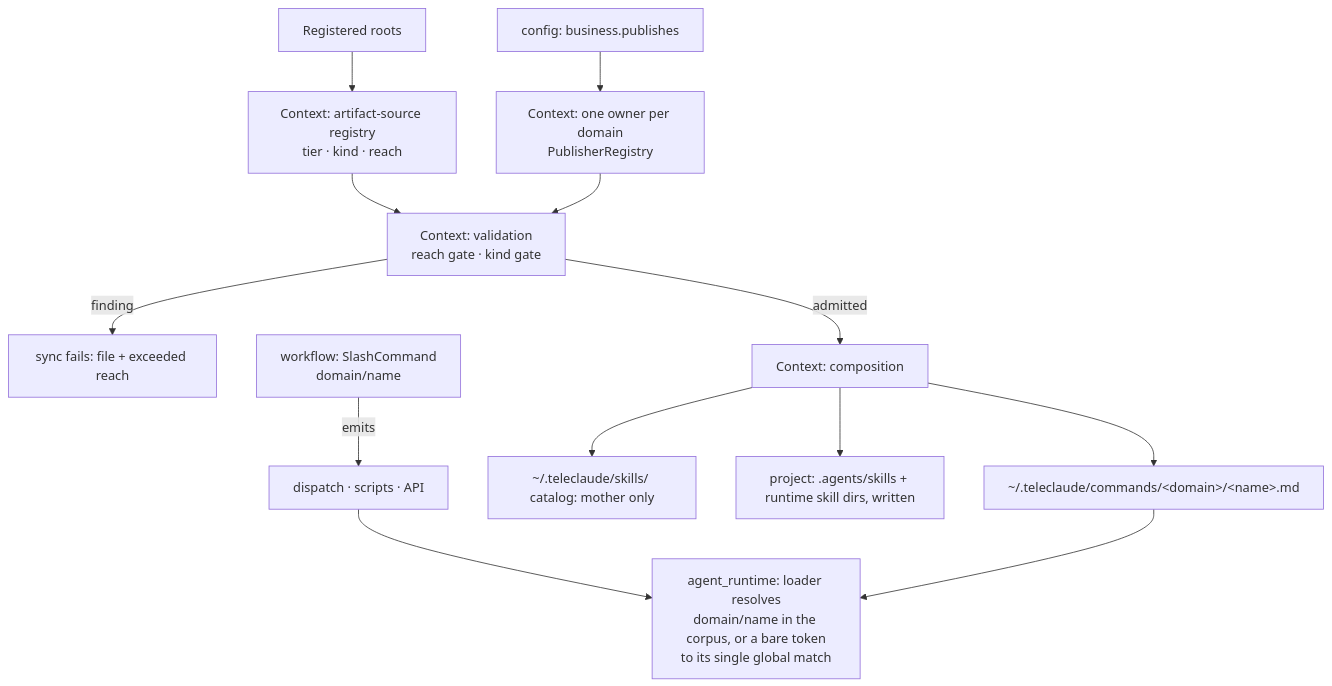
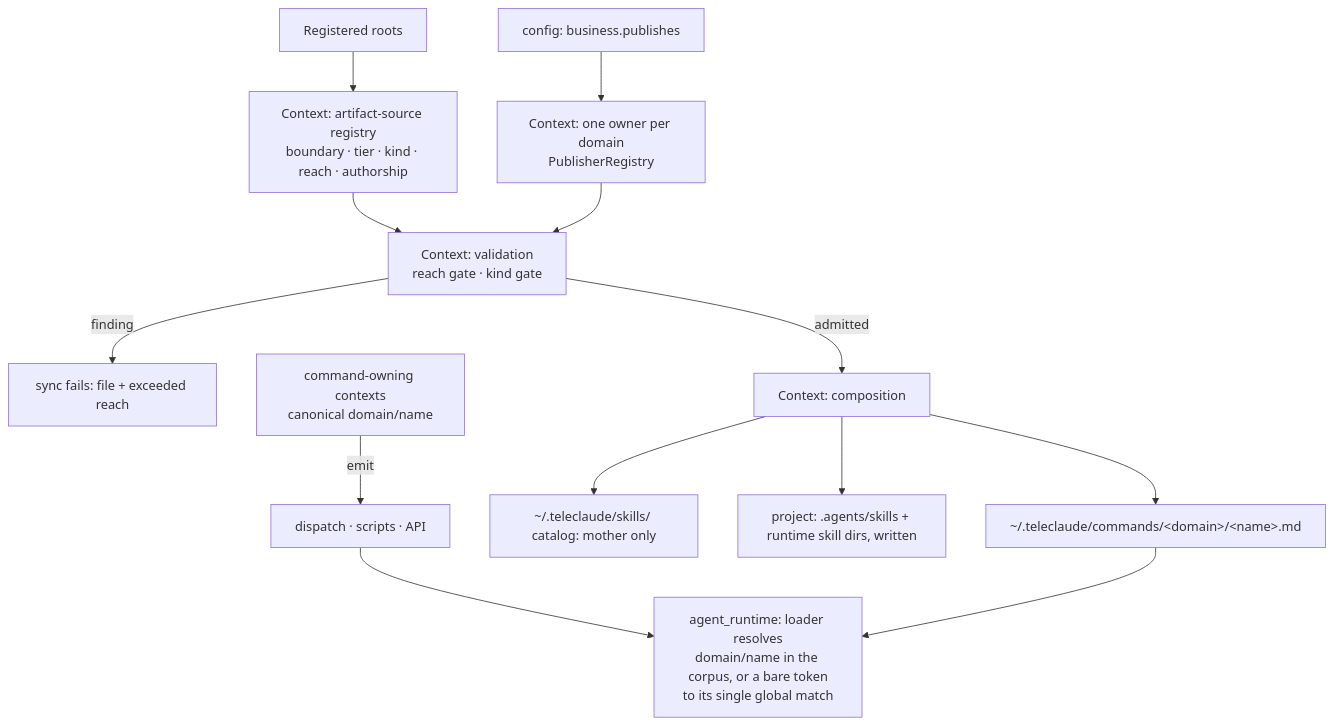
The first of 2 diagrams in docs/project/design/architecture/agent-artifact-distribution.md (InstruktAI/TeleClaude), drawn with Mermaid before and after one commit. The commit also changed other lines of this file and 5 other files, not shown here.

First line of the commit message:
docs(architecture): resolve artifact source ownership gaps

````diff
--- a/docs/project/design/architecture/agent-artifact-distribution.md
+++ b/docs/project/design/architecture/agent-artifact-distribution.md
@@ -228,15 +244,15 @@
 ```mermaid
 flowchart TD
-    R[Registered roots] --> REG[Context: artifact-source registry<br/>tier · kind · reach]
+    R[Registered roots] --> REG[Context: artifact-source registry<br/>boundary · tier · kind · reach · authorship]
     CFG[config: business.publishes] --> OWN[Context: one owner per domain<br/>PublisherRegistry]
     REG --> V[Context: validation<br/>reach gate · kind gate]
     OWN --> V
     V -->|finding| FAIL[sync fails: file + exceeded reach]
     V -->|admitted| C[Context: composition]
     C --> CORPUS[~/.teleclaude/commands/&lt;domain&gt;/&lt;name&gt;.md]
     C --> CAT[~/.teleclaude/skills/ catalog: mother only]
     C --> LOCAL[project: .agents/skills + runtime skill dirs, written]
-    WF[workflow: SlashCommand<br/>domain/name] -->|emits| DISPATCH[dispatch · scripts · API]
+    CMD[command-owning contexts<br/>canonical domain/name] -->|emit| DISPATCH[dispatch · scripts · API]
     DISPATCH --> AR[agent_runtime: loader resolves<br/>domain/name in the corpus, or a bare token<br/>to its single global match]
     CORPUS --> AR
 ```
````
